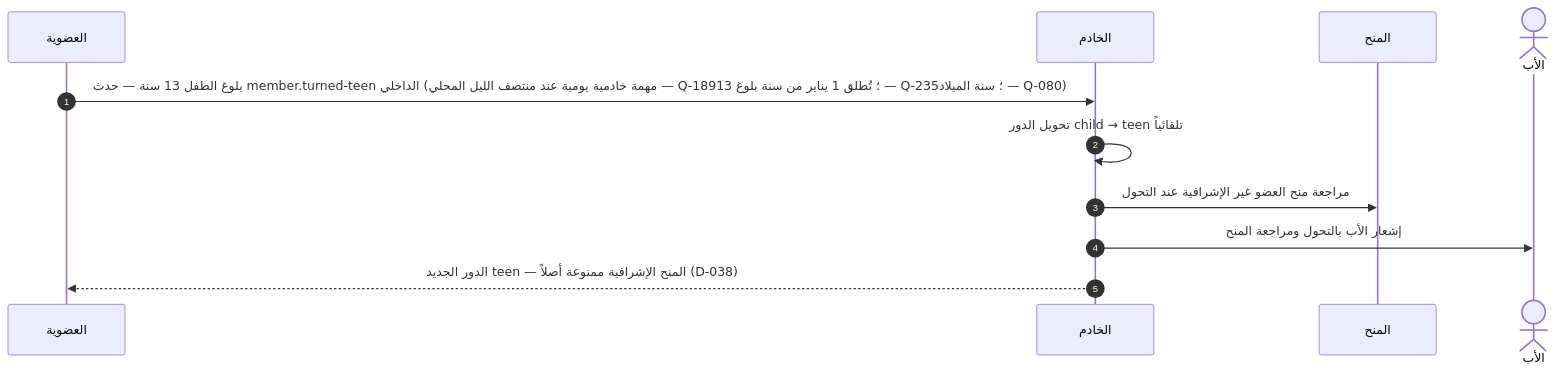
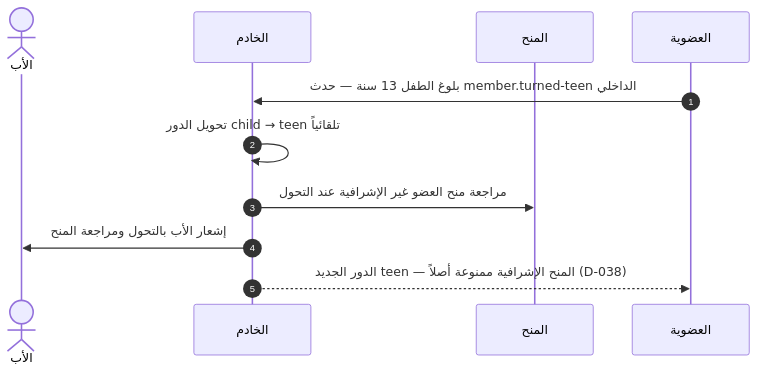
Before and after one commit to Bassam-mohammed-alqaeadi/family-os-v2: the tenth of 33 diagrams in docs/family-os/governance/phases/phase-1/S1-03-family-roles-and-permissions/DIAGRAMS.md, drawn with Mermaid. The commit also changed other lines of this file, not shown here.

````diff
--- a/docs/family-os/governance/phases/phase-1/S1-03-family-roles-and-permissions/DIAGRAMS.md
+++ b/docs/family-os/governance/phases/phase-1/S1-03-family-roles-and-permissions/DIAGRAMS.md
@@ -473,13 +486,13 @@
 ```mermaid
 sequenceDiagram
     autonumber
-    participant S102 as العضوية
+    actor Father as الأب
     participant Ktor as الخادم
     participant Grants as المنح
-    actor Father as الأب
-    S102->>Ktor: بلوغ الطفل 13 سنة — حدث member.turned-teen الداخلي (مهمة خادمية يومية عند منتصف الليل المحلي — Q-189؛ تُطلق 1 يناير من سنة بلوغ 13 — Q-235؛ سنة الميلاد — Q-080)
+    participant S102 as العضوية
+    S102->>Ktor: بلوغ الطفل 13 سنة — حدث member.turned-teen الداخلي
     Ktor->>Ktor: تحويل الدور child → teen تلقائياً
     Ktor->>Grants: مراجعة منح العضو غير الإشرافية عند التحول
     Ktor->>Father: إشعار الأب بالتحول ومراجعة المنح
     Ktor-->>S102: الدور الجديد teen — المنح الإشرافية ممنوعة أصلاً (D-038)
 ```
````
